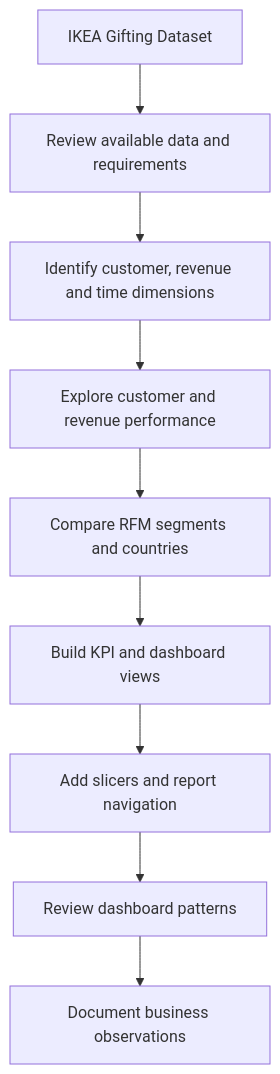
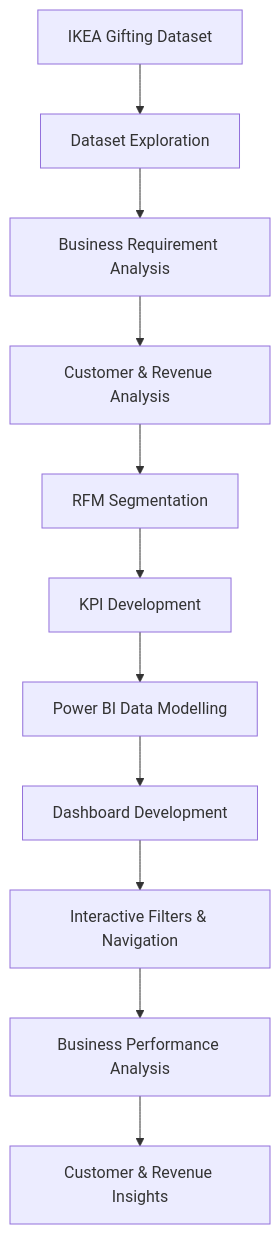
The diagram in README.md (Vanshika26Ramjas/IKEA-Analytics-Project), drawn with Mermaid before and after one commit. The commit also changed other lines of this file, not shown here.

````diff
--- a/README.md
+++ b/README.md
@@ -293,11 +539,13 @@
 ```mermaid
 flowchart TD
-    A[IKEA Gifting Dataset] --> B[Review available data and requirements]
-    B --> C[Identify customer, revenue and time dimensions]
-    C --> D[Explore customer and revenue performance]
-    D --> E[Compare RFM segments and countries]
-    E --> F[Build KPI and dashboard views]
-    F --> G[Add slicers and report navigation]
-    G --> H[Review dashboard patterns]
-    H --> I[Document business observations]
+    A["IKEA Gifting Dataset"] --> B["Dataset Exploration"]
+    B --> C["Business Requirement Analysis"]
+    C --> D["Customer & Revenue Analysis"]
+    D --> E["RFM Segmentation"]
+    E --> F["KPI Development"]
+    F --> G["Power BI Data Modelling"]
+    G --> H["Dashboard Development"]
+    H --> I["Interactive Filters & Navigation"]
+    I --> J["Business Performance Analysis"]
+    J --> K["Customer & Revenue Insights"]
 ```
````
